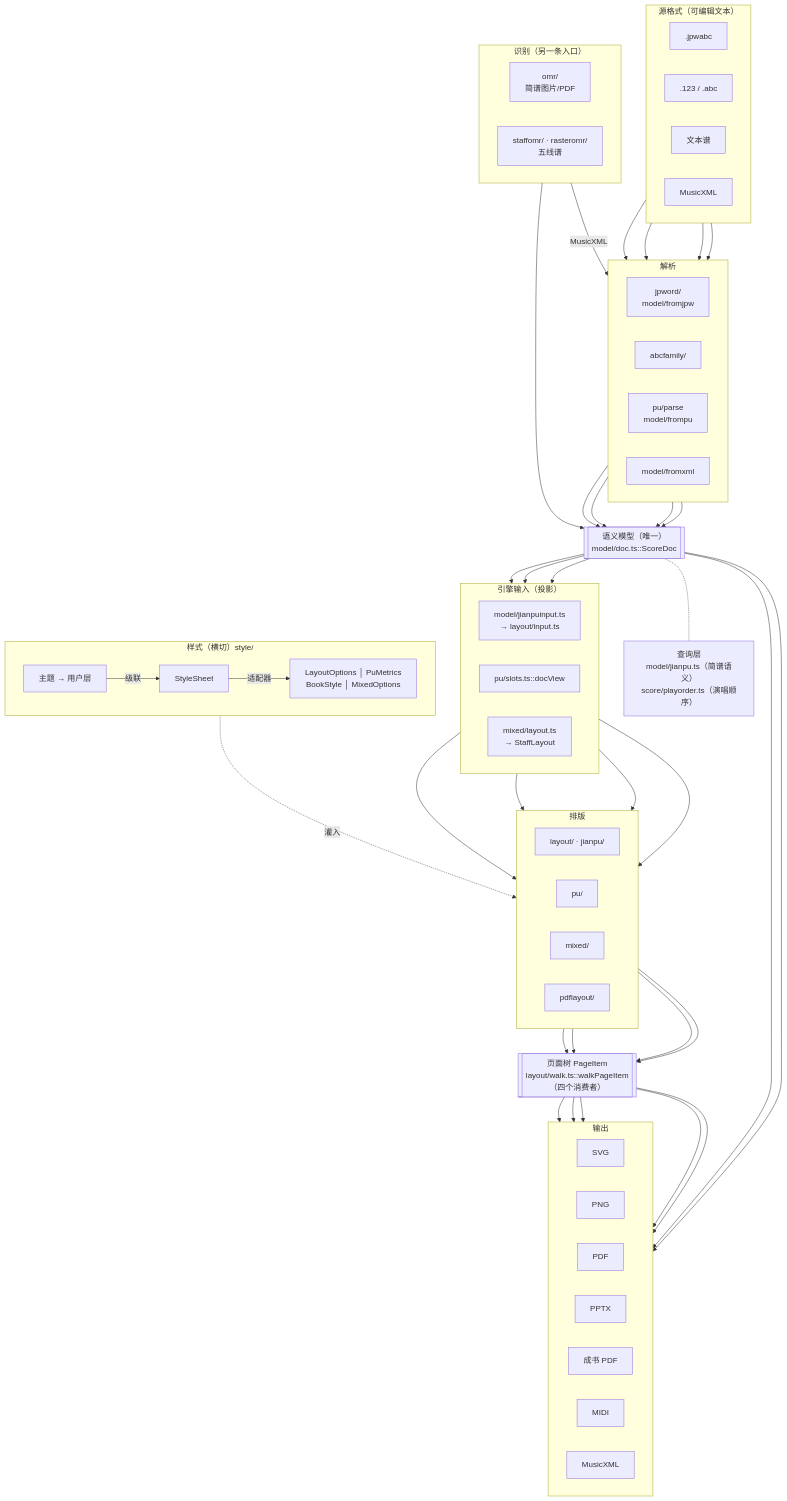
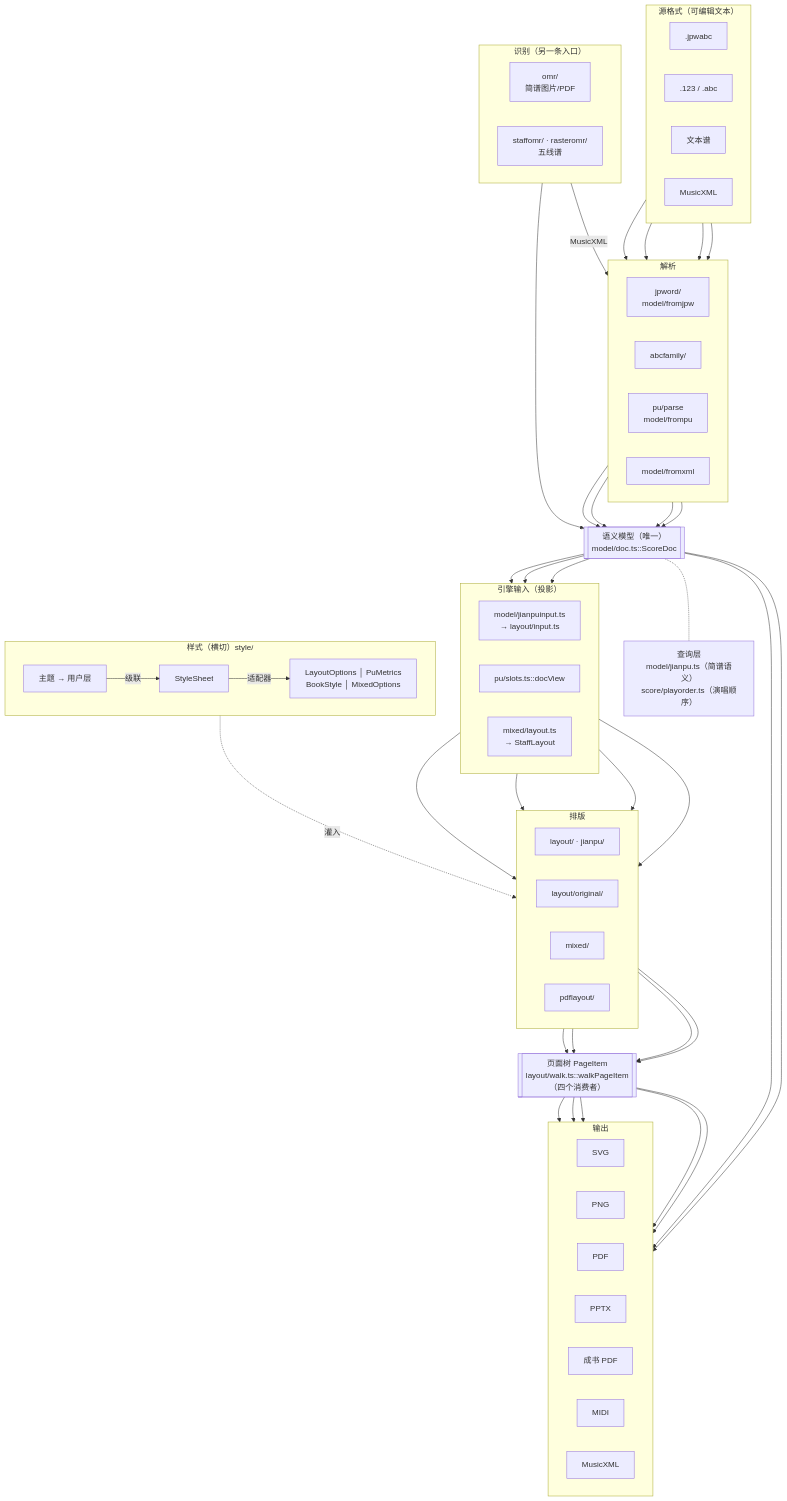
The diagram in docs/架构.md (lodebar2026/jpeditor), drawn with Mermaid before and after one commit. The commit also changed other lines of this file and 25 other files, not shown here.

Commit message:
PuPainter 退役 P7：删除 PuPainter 与 PagePainter，brace 字形移入 layout/original，window.__mixedPainter 改为统一的 __paint 入口（五线谱缺省选项抽成 staffOptionsOf），清理注释与文档里的旧类名，待办删 R7 另立 R8（PuMetrics 迁 .jpcss）；谱面、混排、成书回归全部逐页一致

````diff
--- a/docs/架构.md
+++ b/docs/架构.md
@@ -41,78 +41,78 @@
 ```mermaid
 flowchart TB
   subgraph SRC["源格式（可编辑文本）"]
     direction LR
     jpw[".jpwabc"]
     abcf[".123 / .abc"]
     pu["文本谱"]
     xml["MusicXML"]
   end
 
   subgraph PARSE["解析"]
     direction LR
     pjpw["jpword/<br/>model/fromjpw"]
     pabc["abcfamily/"]
     ppu["pu/parse<br/>model/frompu"]
     pxml["model/fromxml"]
   end
 
   subgraph OMR["识别（另一条入口）"]
     direction LR
     omr["omr/<br/>简谱图片/PDF"]
     somr["staffomr/ · rasteromr/<br/>五线谱"]
   end
 
   doc[["语义模型（唯一）<br/>model/doc.ts::ScoreDoc"]]
   query["查询层<br/>model/jianpu.ts（简谱语义）<br/>score/playorder.ts（演唱顺序）"]
 
   subgraph PROJ["引擎输入（投影）"]
     direction LR
     ijp["model/jianpuinput.ts<br/>→ layout/input.ts"]
     ipu["pu/slots.ts::docView"]
     imx["mixed/layout.ts<br/>→ StaffLayout"]
   end
 
   subgraph LAYOUT["排版"]
     direction LR
     ljp["layout/ · jianpu/"]
-    lpu["pu/"]
+    lpu["layout/original/"]
     lmx["mixed/"]
     lbook["pdflayout/"]
   end
 
   tree[["页面树 PageItem<br/>layout/walk.ts::walkPageItem（四个消费者）"]]
 
   subgraph OUT["输出"]
     direction LR
     o1["SVG"]
     o2["PNG"]
     o3["PDF"]
     o4["PPTX"]
     o5["成书 PDF"]
     o6["MIDI"]
     o7["MusicXML"]
   end
 
   subgraph STYLE["样式（横切）style/"]
     direction LR
     theme["主题 → 用户层"] -- 级联 --> sheet["StyleSheet"]
     sheet -- 适配器 --> rulers["LayoutOptions │ PuMetrics<br/>BookStyle │ MixedOptions"]
   end
 
   jpw --> pjpw
   abcf --> pabc
   pu --> ppu
   xml --> pxml
   pjpw & pabc & ppu & pxml --> doc
   omr --> doc
   somr -- MusicXML --> pxml
   doc -.- query
   doc --> ijp & ipu & imx
   ijp --> ljp & lbook
   ipu --> lpu
   imx --> lmx
   ljp & lpu & lmx & lbook --> tree
   tree --> o1 & o2 & o3 & o4 & o5
   doc --> o6 & o7
   rulers -. 灌入 .-> LAYOUT
 ```
````
